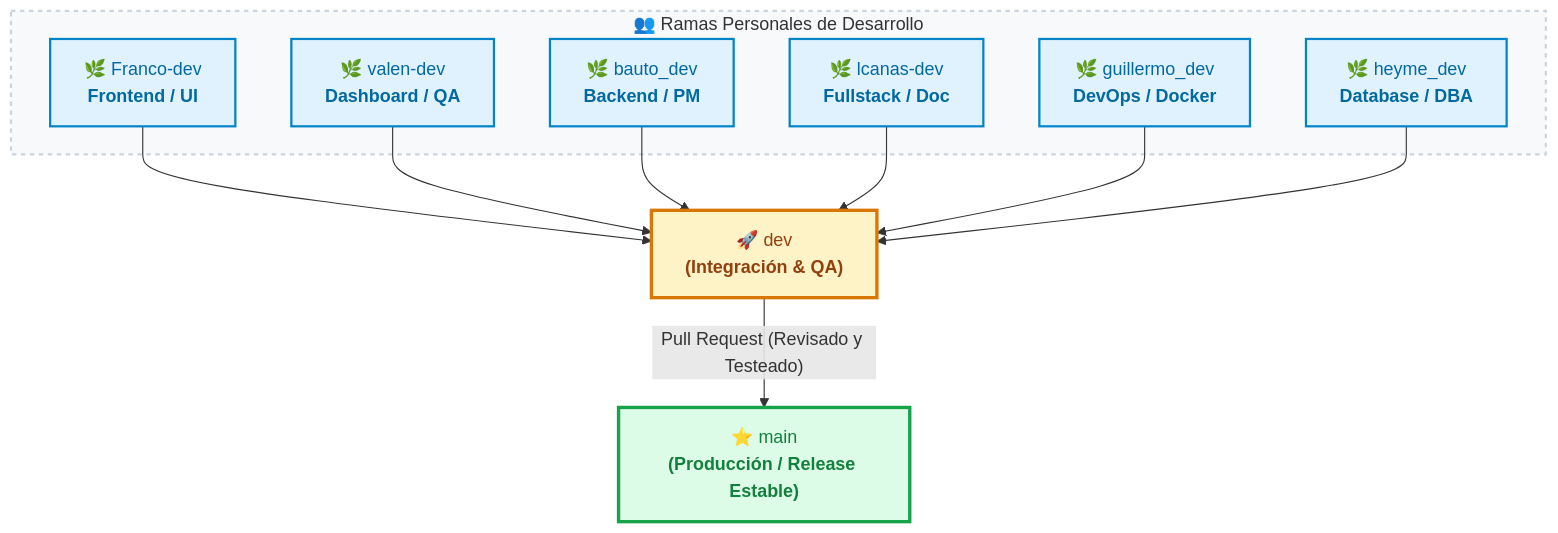
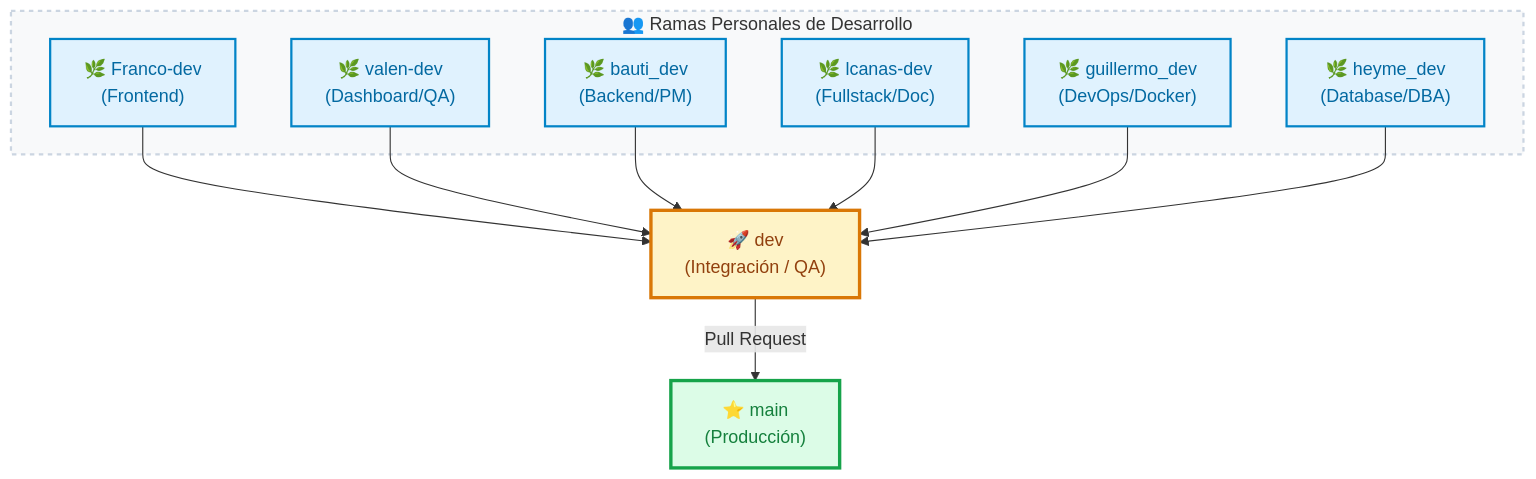
One commit to 16th-Tech-Industry/web-vidriera-productiva changed the diagram in README.md. Above: the diagram before and after it, drawn with Mermaid. The commit also changed other lines of this file, not shown here.

````diff
--- a/README.md
+++ b/README.md
@@ -49,38 +49,38 @@
 ```mermaid
 flowchart TD
-    %% Nodos de desarrolladores
+    %% Nodos de desarrolladores con nombres exactos de ramas
     subgraph DEV_TEAM ["👥 Ramas Personales de Desarrollo"]
-        F["🌿 Franco-dev<br/><b>Frontend / UI</b>"]
-        V["🌿 valen-dev<br/><b>Dashboard / QA</b>"]
-        B["🌿 bauto_dev<br/><b>Backend / PM</b>"]
-        L["🌿 lcanas-dev<br/><b>Fullstack / Doc</b>"]
-        G["🌿 guillermo_dev<br/><b>DevOps / Docker</b>"]
-        H["🌿 heyme_dev<br/><b>Database / DBA</b>"]
+        F["🌿 Franco-dev<br/>(Frontend)"]
+        V["🌿 valen-dev<br/>(Dashboard/QA)"]
+        B["🌿 bauti_dev<br/>(Backend/PM)"]
+        L["🌿 lcanas-dev<br/>(Fullstack/Doc)"]
+        G["🌿 guillermo_dev<br/>(DevOps/Docker)"]
+        H["🌿 heyme_dev<br/>(Database/DBA)"]
     end
 
     %% Nodos principales
-    DEV["🚀 dev<br/><b>(Integración & QA)</b>"]
-    MAIN["⭐ main<br/><b>(Producción / Release Estable)</b>"]
+    DEV["🚀 dev<br/>(Integración / QA)"]
+    MAIN["⭐ main<br/>(Producción)"]
 
     %% Conexiones
     F --> DEV
     V --> DEV
     B --> DEV
     L --> DEV
     G --> DEV
     H --> DEV
 
-    DEV -- "Pull Request (Revisado y Testeado)" --> MAIN
+    DEV -- "Pull Request" --> MAIN
 
     %% Estilos de colores y resaltado
     style DEV_TEAM fill:#f8f9fa,stroke:#cbd5e1,stroke-width:2px,stroke-dasharray: 4 4
     style F fill:#e0f2fe,stroke:#0284c7,stroke-width:2px,color:#0369a1
     style V fill:#e0f2fe,stroke:#0284c7,stroke-width:2px,color:#0369a1
     style B fill:#e0f2fe,stroke:#0284c7,stroke-width:2px,color:#0369a1
     style L fill:#e0f2fe,stroke:#0284c7,stroke-width:2px,color:#0369a1
     style G fill:#e0f2fe,stroke:#0284c7,stroke-width:2px,color:#0369a1
     style H fill:#e0f2fe,stroke:#0284c7,stroke-width:2px,color:#0369a1
 
     style DEV fill:#fef3c7,stroke:#d97706,stroke-width:3px,color:#92400e
     style MAIN fill:#dcfce7,stroke:#16a34a,stroke-width:3px,color:#15803d
 ```
````
